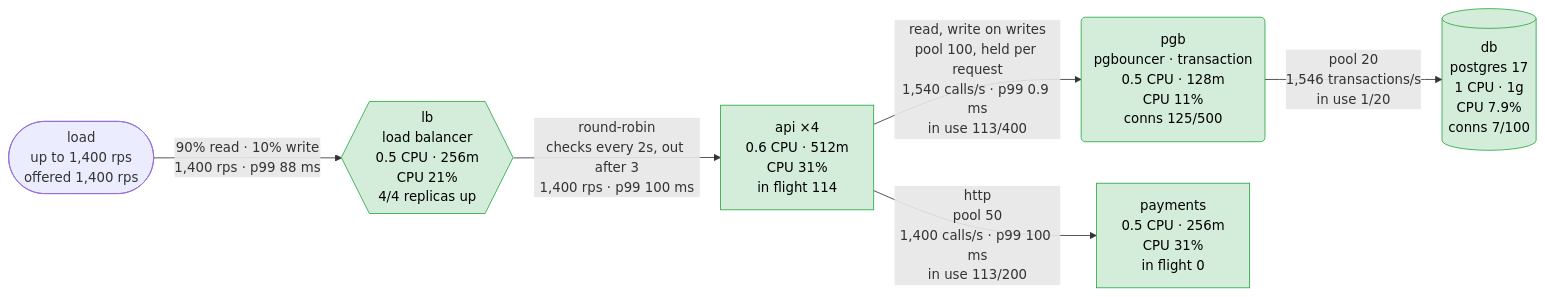
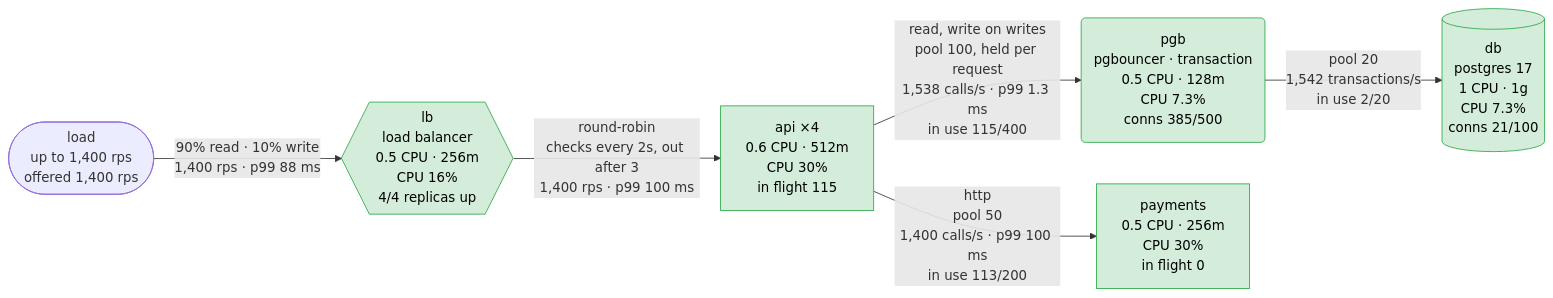
The first of 5 diagrams in scenarios/connection-pool-trap/solutions/pgbouncer/report.md (akinfemi/load-lore), drawn with Mermaid before and after one commit. The commit also changed other lines of this file and 71 other files, not shown here.

````diff
--- a/scenarios/connection-pool-trap/solutions/pgbouncer/report.md
+++ b/scenarios/connection-pool-trap/solutions/pgbouncer/report.md
@@ -15,18 +17,18 @@
 ```mermaid
 flowchart LR
     load(["load<br/>up to 1,400 rps<br/>offered 1,400 rps"])
-    lb{{"lb<br/>load balancer<br/>0.5 CPU · 256m<br/>CPU 21%<br/>4/4 replicas up"}}
-    api["api ×4<br/>0.6 CPU · 512m<br/>CPU 31%<br/>in flight 114"]
-    pgb("pgb<br/>pgbouncer · transaction<br/>0.5 CPU · 128m<br/>CPU 11%<br/>conns 125/500")
-    payments["payments<br/>0.5 CPU · 256m<br/>CPU 31%<br/>in flight 0"]
-    db[("db<br/>postgres 17<br/>1 CPU · 1g<br/>CPU 7.9%<br/>conns 7/100")]
+    lb{{"lb<br/>load balancer<br/>0.5 CPU · 256m<br/>CPU 16%<br/>4/4 replicas up"}}
+    api["api ×4<br/>0.6 CPU · 512m<br/>CPU 30%<br/>in flight 115"]
+    pgb("pgb<br/>pgbouncer · transaction<br/>0.5 CPU · 128m<br/>CPU 7.3%<br/>conns 385/500")
+    payments["payments<br/>0.5 CPU · 256m<br/>CPU 30%<br/>in flight 0"]
+    db[("db<br/>postgres 17<br/>1 CPU · 1g<br/>CPU 7.3%<br/>conns 21/100")]
     load -->|"90% read · 10% write<br/>1,400 rps · p99 88 ms"| lb
     lb -->|"round-robin<br/>checks every 2s, out after 3<br/>1,400 rps · p99 100 ms"| api
-    api -->|"read, write on writes<br/>pool 100, held per request<br/>1,540 calls/s · p99 0.9 ms<br/>in use 113/400"| pgb
+    api -->|"read, write on writes<br/>pool 100, held per request<br/>1,538 calls/s · p99 1.3 ms<br/>in use 115/400"| pgb
     api -->|"http<br/>pool 50<br/>1,400 calls/s · p99 100 ms<br/>in use 113/200"| payments
-    pgb -->|"pool 20<br/>1,546 transactions/s<br/>in use 1/20"| db
+    pgb -->|"pool 20<br/>1,542 transactions/s<br/>in use 2/20"| db
     classDef ok fill:#d4edda,stroke:#28a745,color:#000
     classDef warm fill:#fff3cd,stroke:#d39e00,color:#000
     classDef hot fill:#f8d7da,stroke:#dc3545,color:#000
     class lb,api,pgb,payments,db ok
 ```
````
